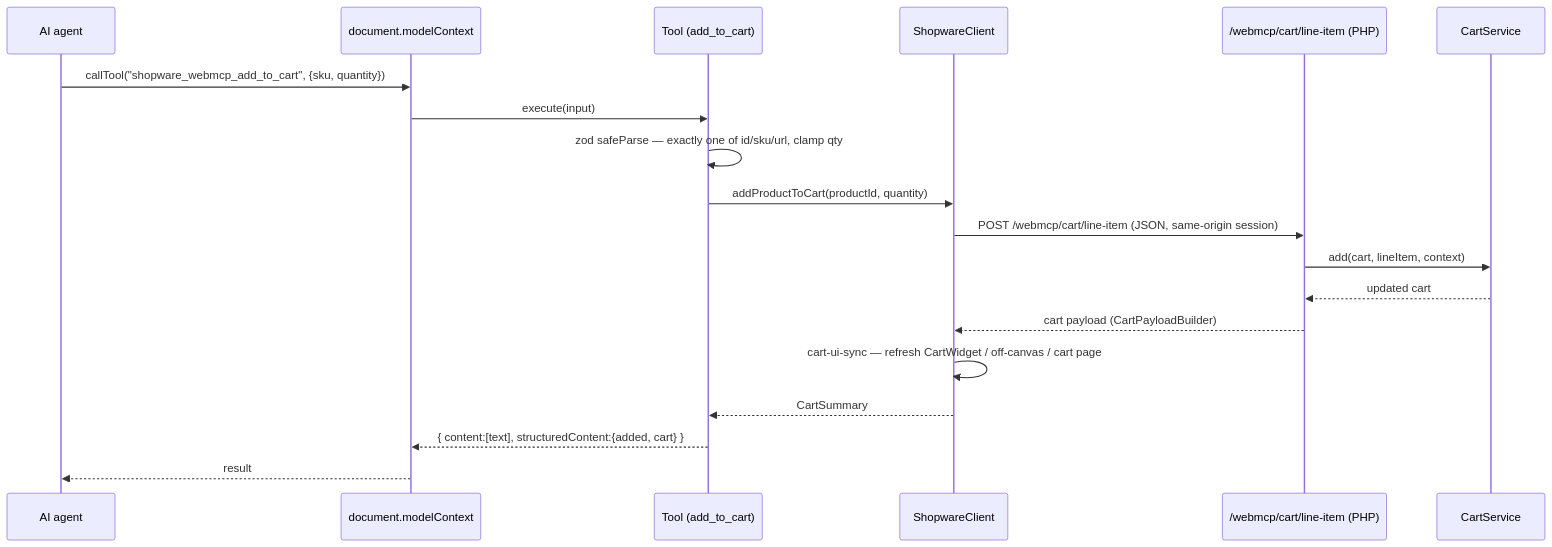
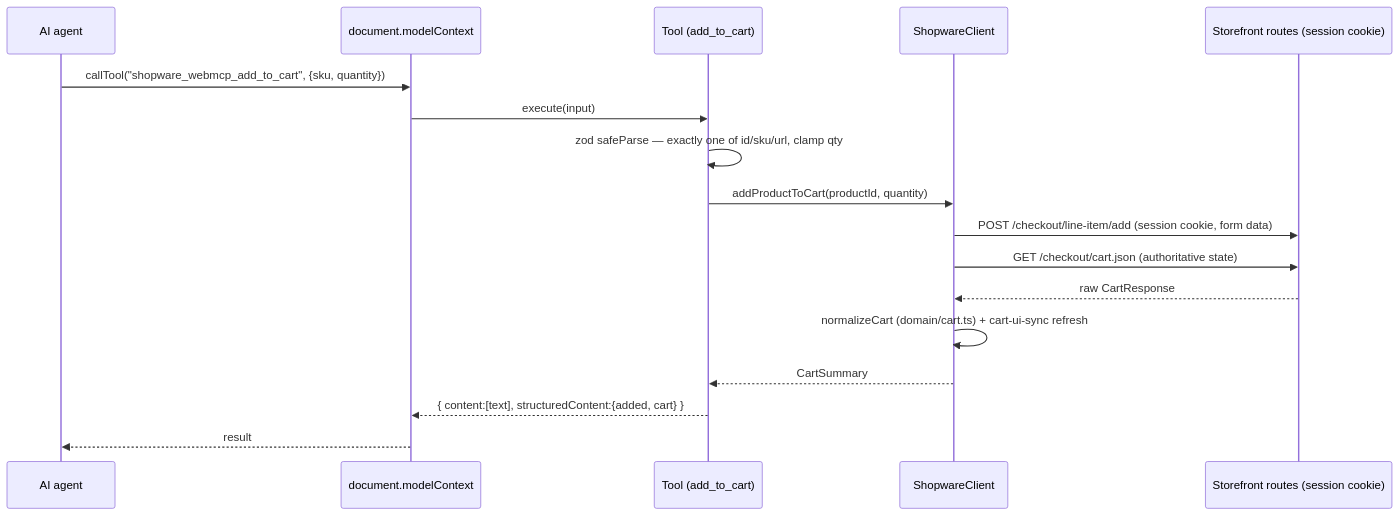
The third of 5 diagrams in docs/Architecture.md (agentic-commerce-lab/webmcp-plugin), drawn with Mermaid before and after one commit. The commit also changed other lines of this file and 19 other files, not shown here.

First line of the commit message:
Drive the cart over session-based storefront routes (#23)

````diff
--- a/docs/Architecture.md
+++ b/docs/Architecture.md
@@ -173,22 +158,20 @@
 ```mermaid
 sequenceDiagram
     participant A as AI agent
     participant MC as document.modelContext
     participant T as Tool (add_to_cart)
     participant C as ShopwareClient
-    participant P as /webmcp/cart/line-item (PHP)
-    participant CS as CartService
+    participant SF as Storefront routes (session cookie)
 
     A->>MC: callTool("shopware_webmcp_add_to_cart", {sku, quantity})
     MC->>T: execute(input)
     T->>T: zod safeParse — exactly one of id/sku/url, clamp qty
     T->>C: addProductToCart(productId, quantity)
-    C->>P: POST /webmcp/cart/line-item (JSON, same-origin session)
-    P->>CS: add(cart, lineItem, context)
-    CS-->>P: updated cart
-    P-->>C: cart payload (CartPayloadBuilder)
-    C->>C: cart-ui-sync — refresh CartWidget / off-canvas / cart page
+    C->>SF: POST /checkout/line-item/add (session cookie, form data)
+    C->>SF: GET /checkout/cart.json (authoritative state)
+    SF-->>C: raw CartResponse
+    C->>C: normalizeCart (domain/cart.ts) + cart-ui-sync refresh
     C-->>T: CartSummary
     T-->>MC: { content:[text], structuredContent:{added, cart} }
     MC-->>A: result
 ```
````
